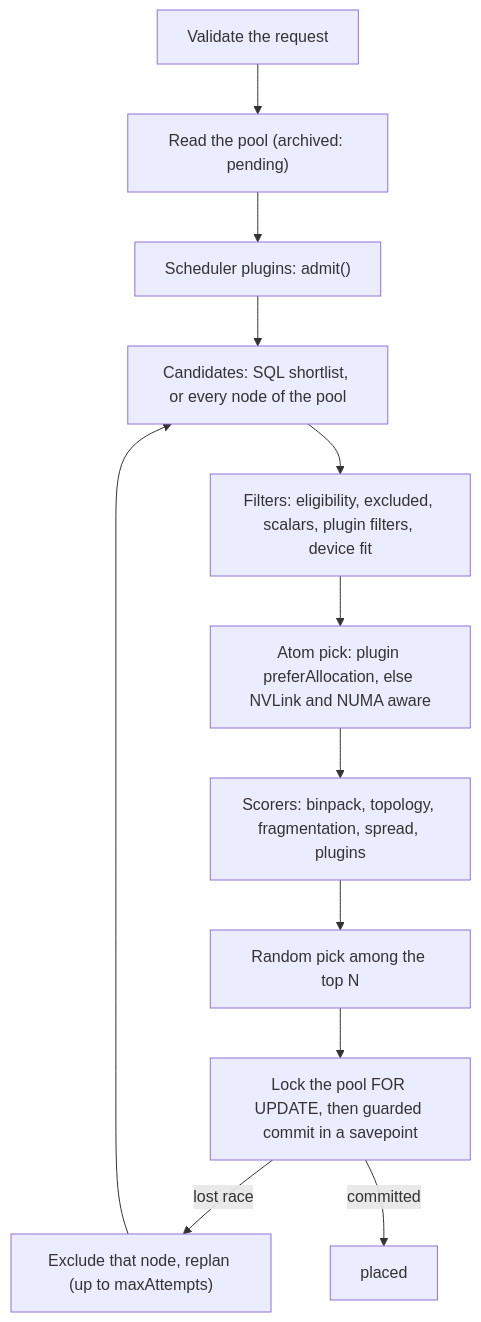
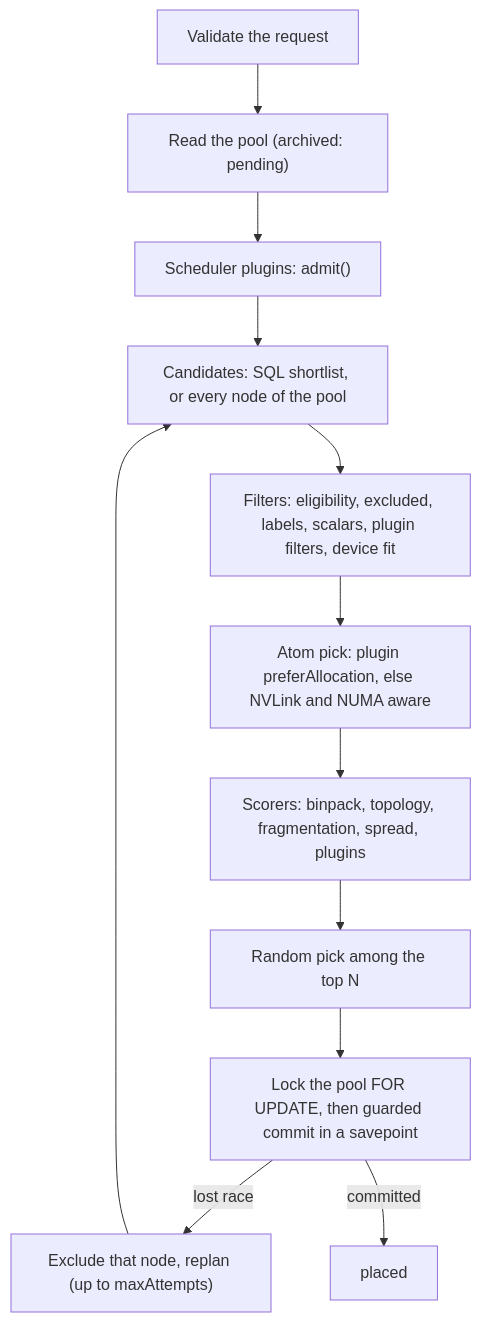
The diagram in apps/docs/content/docs/guides/capacity/placement.mdx (Better-Compute/better-compute), drawn with Mermaid before and after one commit. The commit also changed other lines of this file and 53 other files, not shown here.

````diff
--- a/apps/docs/content/docs/guides/capacity/placement.mdx
+++ b/apps/docs/content/docs/guides/capacity/placement.mdx
@@ -95,14 +96,14 @@
 ```mermaid
 flowchart TD
   V["Validate the request"] --> P["Read the pool (archived: pending)"]
   P --> AD["Scheduler plugins: admit()"]
   AD --> C["Candidates: SQL shortlist, or every node of the pool"]
-  C --> F["Filters: eligibility, excluded, scalars, plugin filters, device fit"]
+  C --> F["Filters: eligibility, excluded, labels, scalars, plugin filters, device fit"]
   F --> K["Atom pick: plugin preferAllocation, else NVLink and NUMA aware"]
   K --> S["Scorers: binpack, topology, fragmentation, spread, plugins"]
   S --> T["Random pick among the top N"]
   T --> L["Lock the pool FOR UPDATE, then guarded commit in a savepoint"]
   L -->|"lost race"| X["Exclude that node, replan (up to maxAttempts)"]
   X --> C
   L -->|"committed"| OK["placed"]
 ```
````
